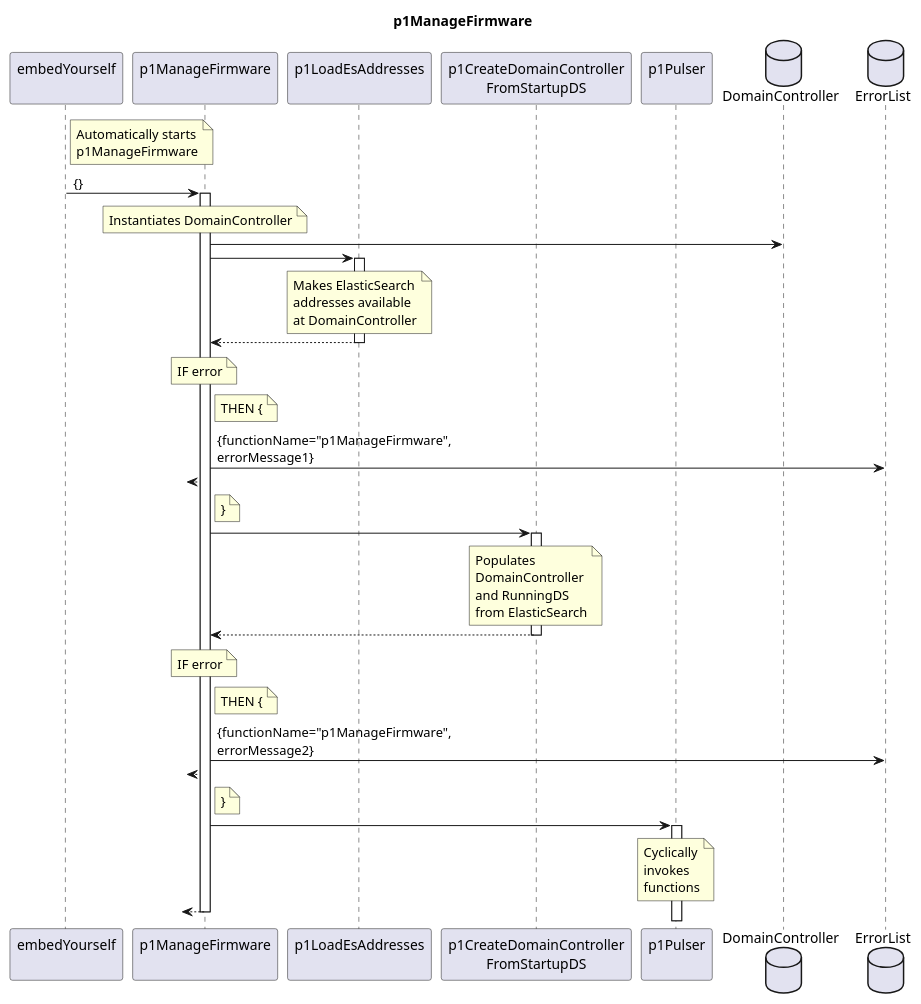
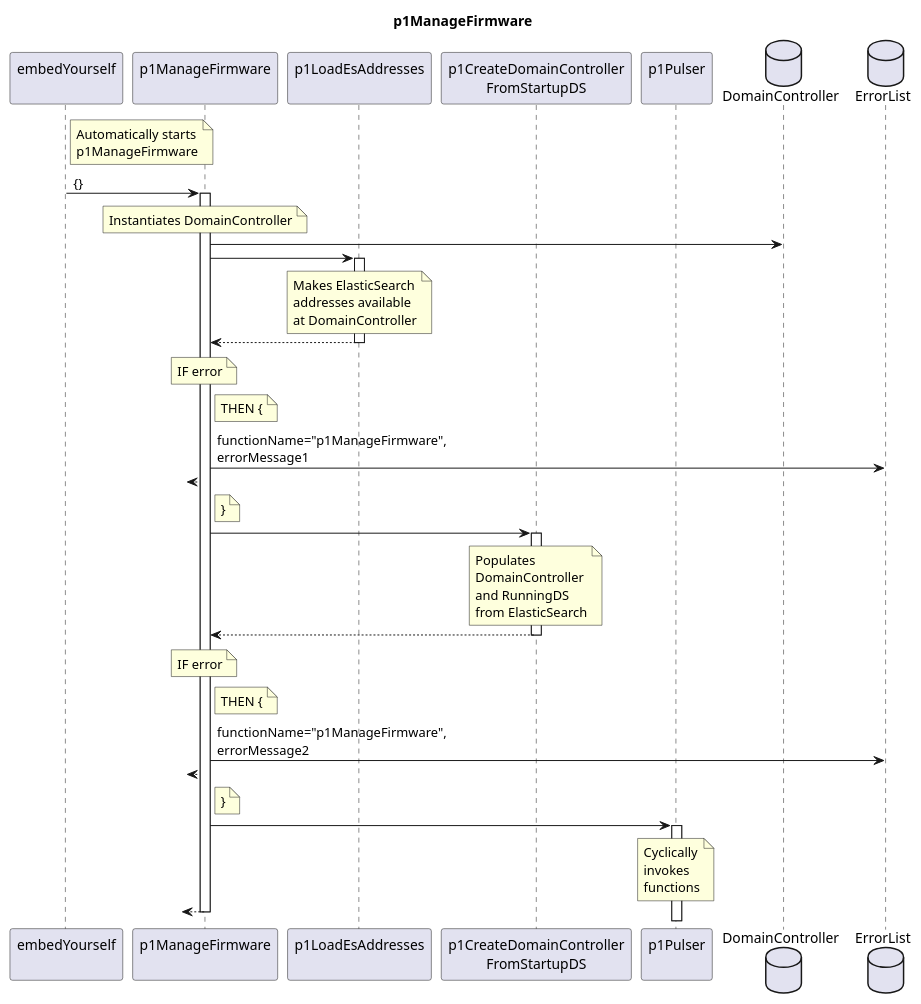
Before and after one commit to openBackhaul/FirmWareManager: the diagram in spec/Functions/Administrative/p1ManageFirmware/1.0.0/p1ManageFirmware.plantuml, drawn with PlantUML. The commit also changed 105 other files, not shown here.

```diff
--- a/spec/Functions/Administrative/p1ManageFirmware/1.0.0/p1ManageFirmware.plantuml
+++ b/spec/Functions/Administrative/p1ManageFirmware/1.0.0/p1ManageFirmware.plantuml
@@ -1,82 +1,82 @@
 @startuml p1ManageFirmware
 skinparam responseMessageBelowArrow true
 
 title
   p1ManageFirmware
 end title
 
 participant "embedYourself\n" as embed
 participant "p1ManageFirmware\n" as p1ManaFw
 participant "p1LoadEsAddresses\n" as p1LEA
 participant "p1CreateDomainController\nFromStartupDS" as p1CDCFS
 participant "p1Pulser\n" as p1Puls
 database "DomainController" as DC
 database "ErrorList" as hEL
 
 note right embed
   Automatically starts
   p1ManageFirmware
 end note
 embed -> p1ManaFw : {}
 activate p1ManaFw
 
   note over p1ManaFw
     Instantiates DomainController
   end note
   p1ManaFw -> DC
 
   p1ManaFw -> p1LEA
   activate p1LEA
     note over p1LEA
       Makes ElasticSearch
       addresses available
       at DomainController
     end note
   p1ManaFw <-- p1LEA
   deactivate p1LEA
   note over p1ManaFw
     IF error
   end note
   note right p1ManaFw
     THEN {
   end note
-  p1ManaFw -> hEL: {functionName="p1ManageFirmware",\nerrorMessage1}
+  p1ManaFw -> hEL: functionName="p1ManageFirmware",\nerrorMessage1
   ?<-- p1ManaFw
   note right p1ManaFw
     }
   end note
 
   p1ManaFw -> p1CDCFS
   activate p1CDCFS
     note over p1CDCFS
       Populates
       DomainController
       and RunningDS
       from ElasticSearch
     end note
   p1ManaFw <-- p1CDCFS
   deactivate p1CDCFS
   note over p1ManaFw
     IF error
   end note
   note right p1ManaFw
     THEN {
   end note
-  p1ManaFw -> hEL: {functionName="p1ManageFirmware",\nerrorMessage2}
+  p1ManaFw -> hEL: functionName="p1ManageFirmware",\nerrorMessage2
   ?<-- p1ManaFw
   note right p1ManaFw
     }
   end note
 
   p1ManaFw -> p1Puls
   activate p1Puls
     note over p1Puls
       Cyclically
       invokes
       functions
     end note
 
 ?<-- p1ManaFw
 deactivate p1ManaFw
 
 @enduml
```
